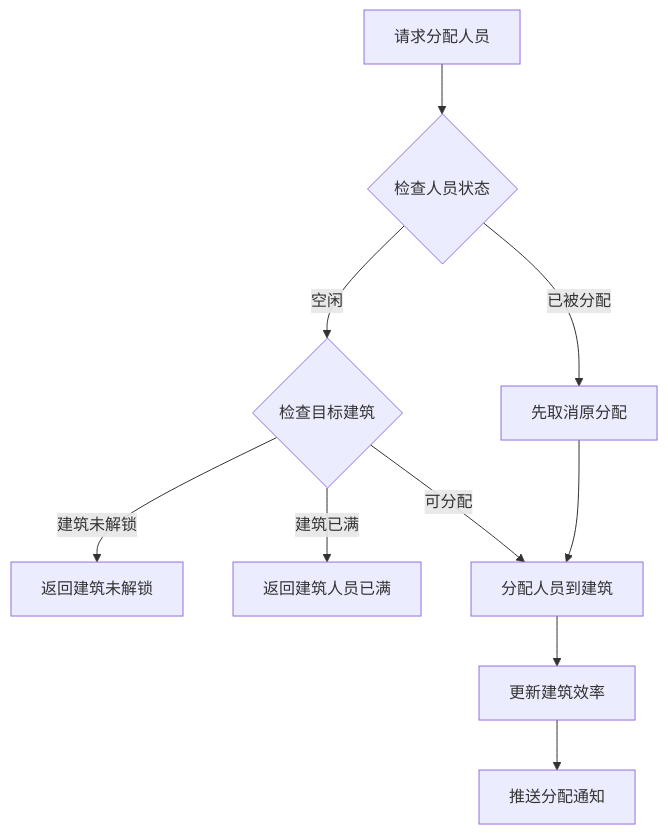
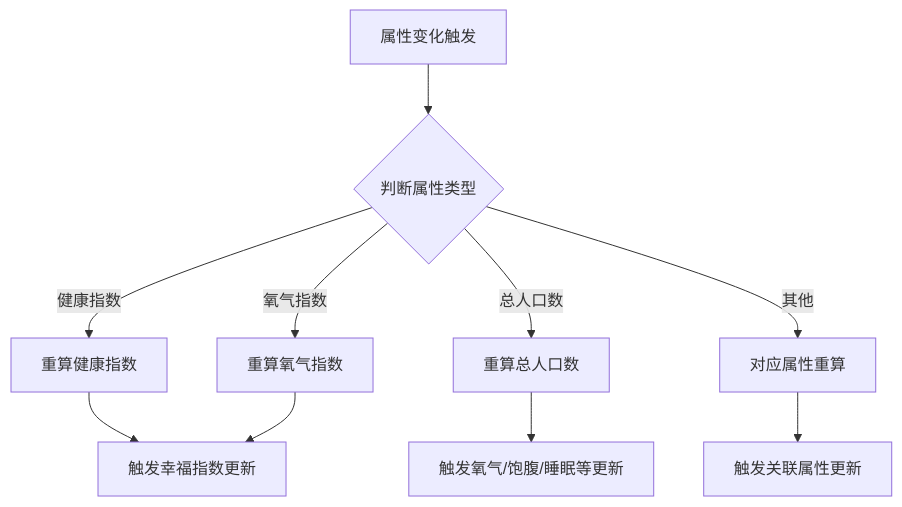
One commit to Alan-Ben/k2c_game_framework changed the third of 4 diagrams in docs/Module_Mars/05_完整说明.md. Above: the diagram before and after it, drawn with Mermaid. The commit also changed other lines of this file and 15 other files, not shown here.

````diff
--- a/docs/Module_Mars/05_完整说明.md
+++ b/docs/Module_Mars/05_完整说明.md
@@ -158,12 +140,13 @@
 ```mermaid
 flowchart TD
-    A[请求分配人员] --> B{检查人员状态}
-    B -->|已被分配| C[先取消原分配]
-    B -->|空闲| D{检查目标建筑}
-    D -->|建筑未解锁| E[返回建筑未解锁]
-    D -->|建筑已满| F[返回建筑人员已满]
-    D -->|可分配| G[分配人员到建筑]
-    C --> G
-    G --> H[更新建筑效率]
-    H --> I[推送分配通知]
+    A[属性变化触发] --> B{判断属性类型}
+    B -->|健康指数| C[重算健康指数]
+    B -->|氧气指数| D[重算氧气指数]
+    B -->|总人口数| E[重算总人口数]
+    B -->|其他| F[对应属性重算]
+
+    C --> G[触发幸福指数更新]
+    D --> G
+    E --> H[触发氧气/饱腹/睡眠等更新]
+    F --> I[触发关联属性更新]
 ```
````
